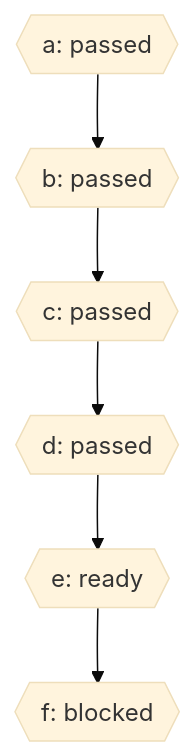
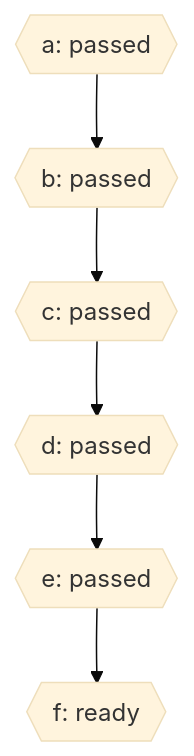
One commit to gosomea/dsh-task-supervisor changed the diagram in docs/10-plans/conversation-and-review-recovery/dag.mmd. Above: the diagram before and after it, drawn with Mermaid (base theme). The commit also changed 14 other files, not shown here.

```diff
--- a/docs/10-plans/conversation-and-review-recovery/dag.mmd
+++ b/docs/10-plans/conversation-and-review-recovery/dag.mmd
@@ -1,12 +1,12 @@
 flowchart TD
   a{{"a: passed"}}
   b{{"b: passed"}}
   a --> b
   c{{"c: passed"}}
   b --> c
   d{{"d: passed"}}
   c --> d
-  e{{"e: ready"}}
+  e{{"e: passed"}}
   d --> e
-  f{{"f: blocked"}}
+  f{{"f: ready"}}
   e --> f
```
